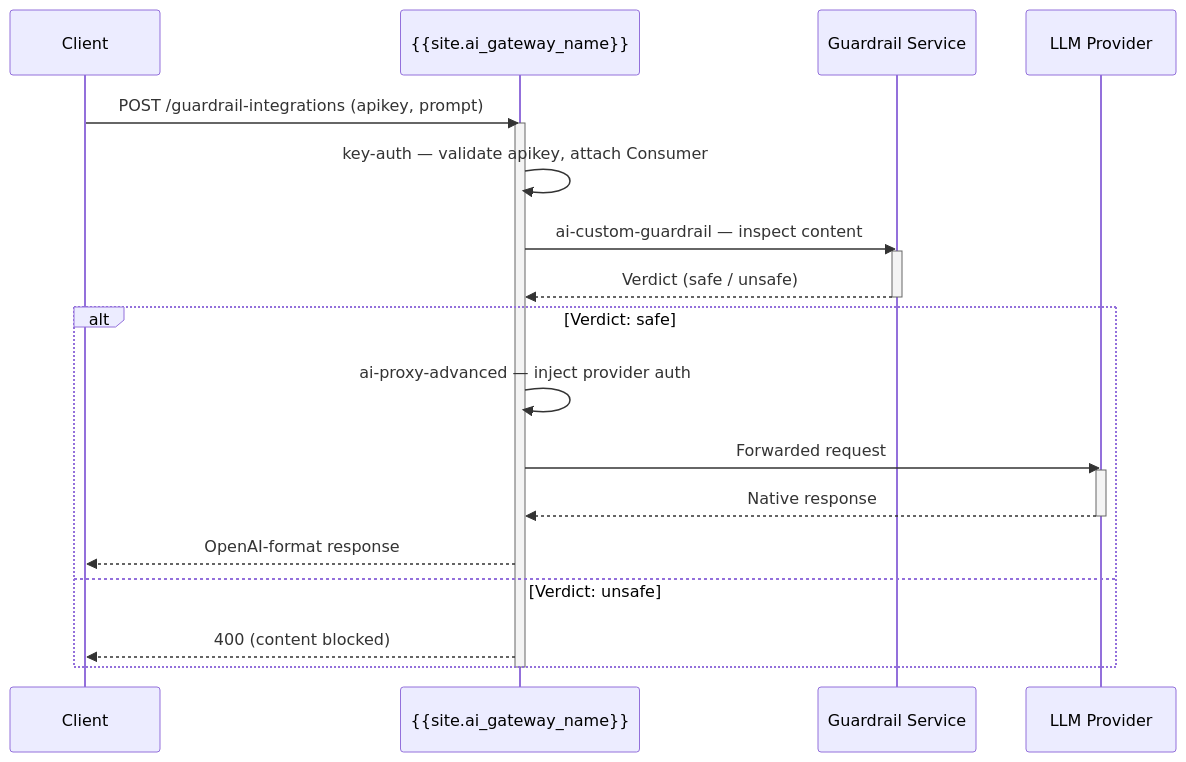
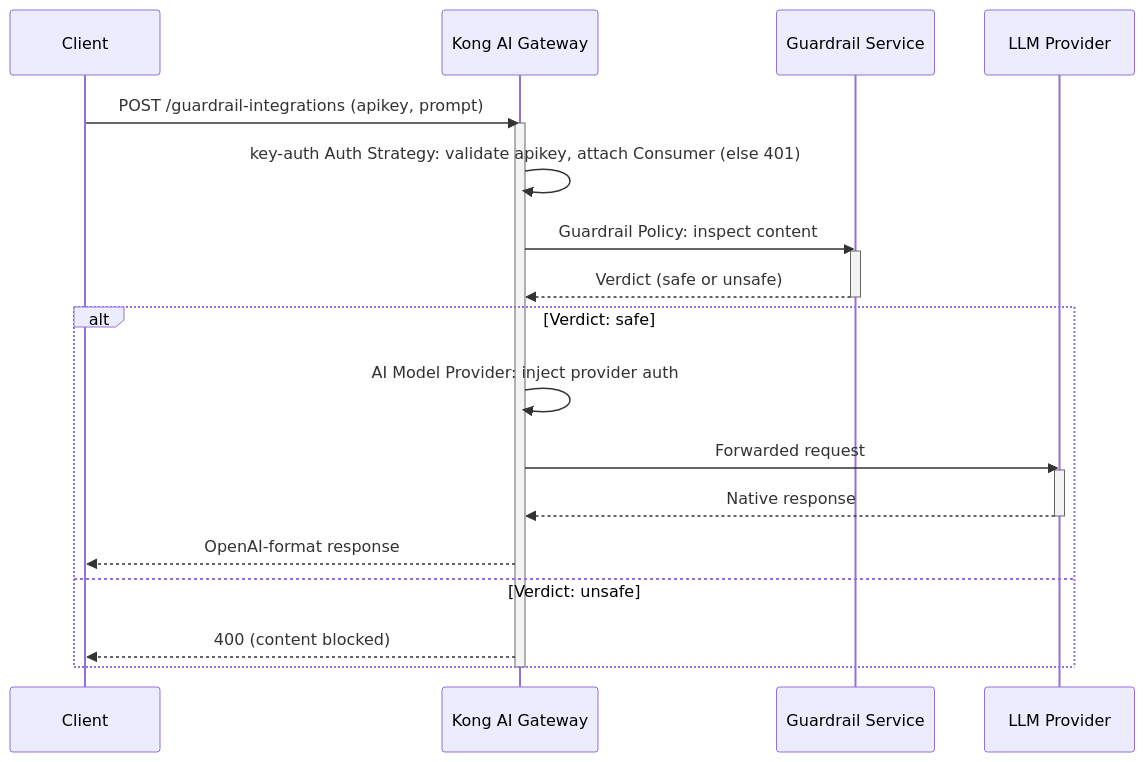
Before and after one commit to Kong/developer.konghq.com: the diagram in app/_cookbooks/guardrail-integrations.md, drawn with Mermaid. The commit also changed other lines of this file and 11 other files, not shown here.

```diff
--- a/app/_cookbooks/guardrail-integrations.md
+++ b/app/_cookbooks/guardrail-integrations.md
@@ -145,26 +143,26 @@
 {% mermaid %}
 sequenceDiagram
     participant C as Client
-    participant K as {{site.ai_gateway_name}}
+    participant K as Kong AI Gateway
     participant G as Guardrail Service
     participant L as LLM Provider
 
     C->>K: POST /guardrail-integrations (apikey, prompt)
     activate K
-    K->>K: key-auth — validate apikey, attach Consumer
-    K->>G: ai-custom-guardrail — inspect content
+    K->>K: key-auth Auth Strategy: validate apikey, attach Consumer (else 401)
+    K->>G: Guardrail Policy: inspect content
     activate G
-    G-->>K: Verdict (safe / unsafe)
+    G-->>K: Verdict (safe or unsafe)
     deactivate G
     alt Verdict: safe
-        K->>K: ai-proxy-advanced — inject provider auth
+        K->>K: AI Model Provider: inject provider auth
         K->>L: Forwarded request
         activate L
         L-->>K: Native response
         deactivate L
         K-->>C: OpenAI-format response
     else Verdict: unsafe
         K-->>C: 400 (content blocked)
     end
     deactivate K
 {% endmermaid %}
```
